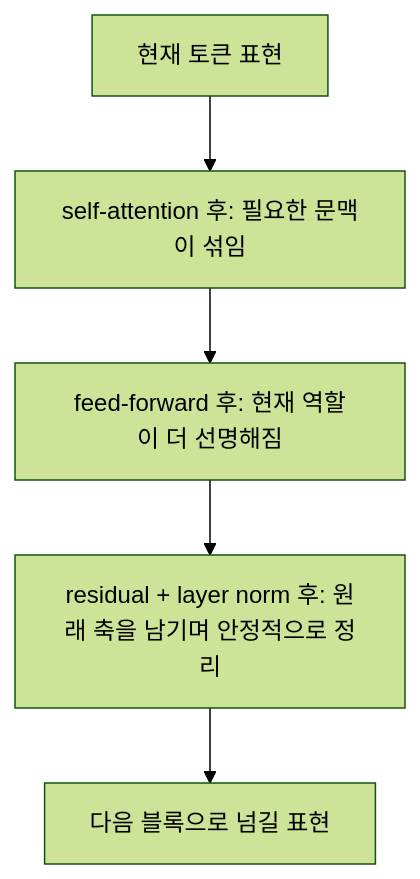
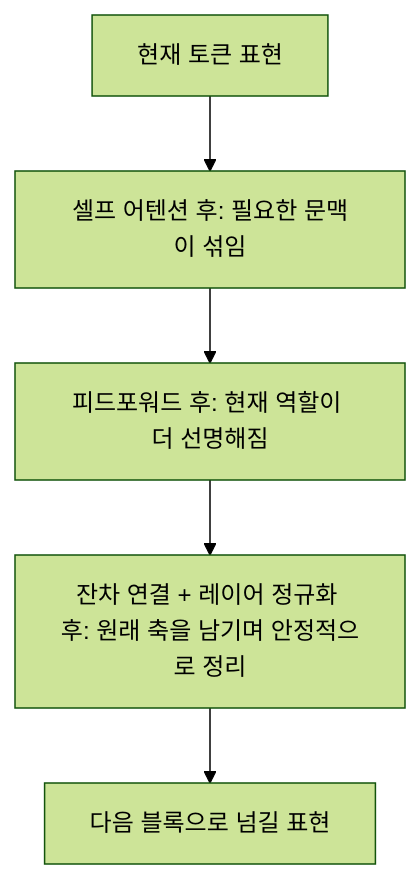
The diagram in docs/assets/part-05/chapter-14/transformer-representation-update-ko.mmd (devchan64/AiBook), drawn with Mermaid (forest theme) before and after one commit. The commit also changed 79 other files, not shown here.

Commit message:
Refine part 5 support materials and part 6 tokenization flow

```diff
--- a/docs/assets/part-05/chapter-14/transformer-representation-update-ko.mmd
+++ b/docs/assets/part-05/chapter-14/transformer-representation-update-ko.mmd
@@ -1,11 +1,11 @@
 flowchart TD
   A["현재 토큰 표현"]
-  B["self-attention 후: 필요한 문맥이 섞임"]
-  C["feed-forward 후: 현재 역할이 더 선명해짐"]
-  D["residual + layer norm 후: 원래 축을 남기며 안정적으로 정리"]
+  B["셀프 어텐션 후: 필요한 문맥이 섞임"]
+  C["피드포워드 후: 현재 역할이 더 선명해짐"]
+  D["잔차 연결 + 레이어 정규화 후: 원래 축을 남기며 안정적으로 정리"]
   E["다음 블록으로 넘길 표현"]
 
   A --> B
   B --> C
   C --> D
   D --> E
```
